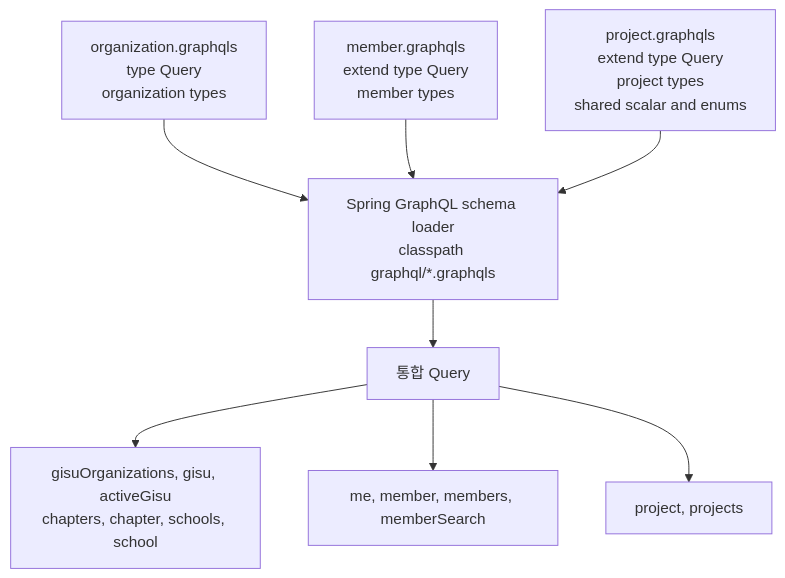
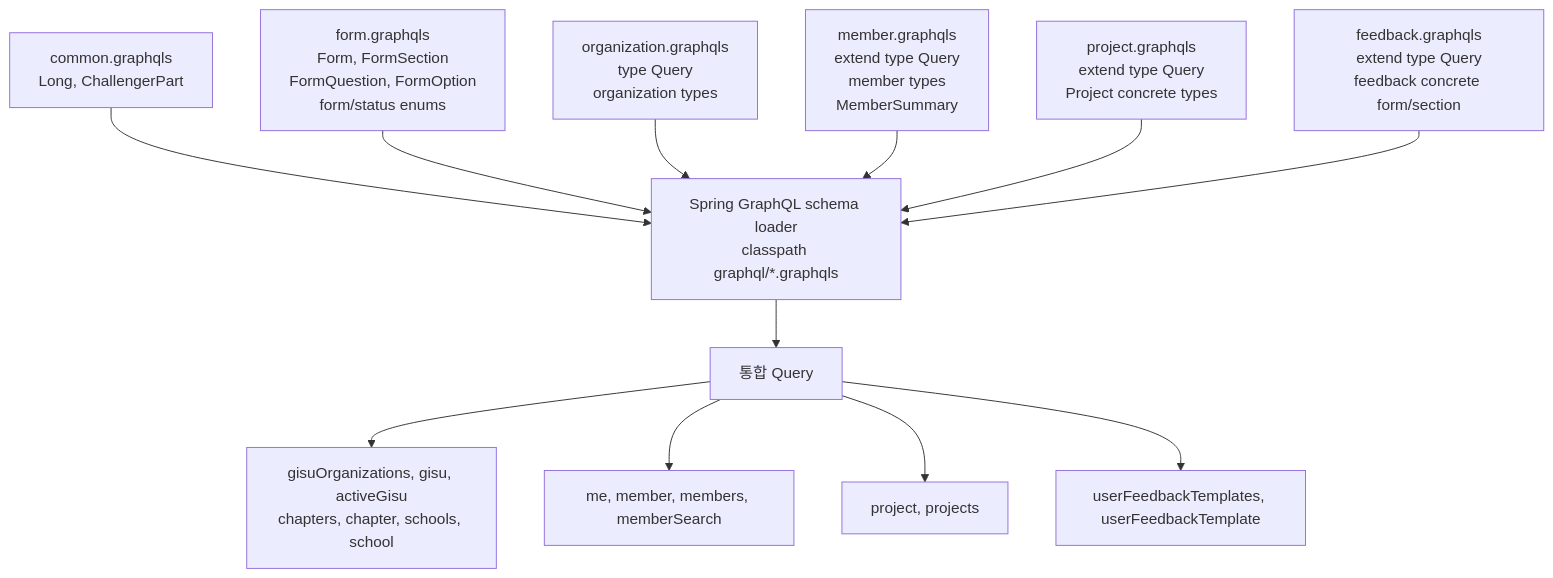
The first of 3 diagrams in docs/onboarding/graphql.md (UMC-PRODUCT/cygnus-server), drawn with Mermaid before and after one commit. The commit also changed other lines of this file and 1 other file, not shown here.

First line of the commit message:
docs(graphql): document feedback template queries

````diff
--- a/docs/onboarding/graphql.md
+++ b/docs/onboarding/graphql.md
@@ -32,17 +37,24 @@
 ```mermaid
 flowchart TB
+    COMMON["common.graphqls<br/>Long, ChallengerPart"]
+    FORM["form.graphqls<br/>Form, FormSection<br/>FormQuestion, FormOption<br/>form/status enums"]
     ORG["organization.graphqls<br/>type Query<br/>organization types"]
-    MEMBER["member.graphqls<br/>extend type Query<br/>member types"]
-    PROJECT["project.graphqls<br/>extend type Query<br/>project types<br/>shared scalar and enums"]
+    MEMBER["member.graphqls<br/>extend type Query<br/>member types<br/>MemberSummary"]
+    PROJECT["project.graphqls<br/>extend type Query<br/>Project concrete types"]
+    FEEDBACK["feedback.graphqls<br/>extend type Query<br/>feedback concrete form/section"]
     LOADER["Spring GraphQL schema loader<br/>classpath graphql/*.graphqls"]
     QUERY["통합 Query"]
 
+    COMMON --> LOADER
+    FORM --> LOADER
     ORG --> LOADER
     MEMBER --> LOADER
     PROJECT --> LOADER
+    FEEDBACK --> LOADER
     LOADER --> QUERY
 
     QUERY --> OQ["gisuOrganizations, gisu, activeGisu<br/>chapters, chapter, schools, school"]
     QUERY --> MQ["me, member, members, memberSearch"]
     QUERY --> PQ["project, projects"]
+    QUERY --> FQ["userFeedbackTemplates, userFeedbackTemplate"]
 ```
````
